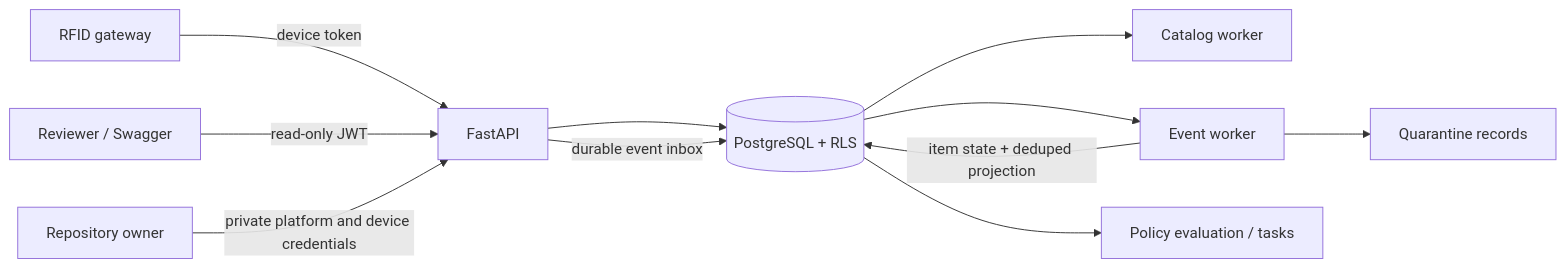
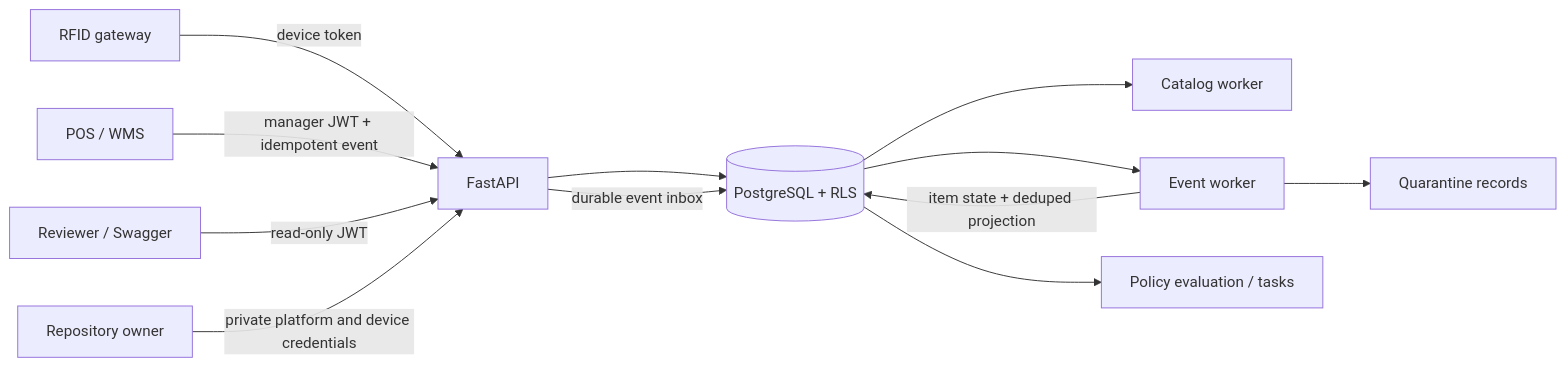
One commit to sushant5/rfid-inventory-replenishment-platform changed the diagram in README.md. Above: the diagram before and after it, drawn with Mermaid. The commit also changed other lines of this file and 50 other files, not shown here.

````diff
--- a/README.md
+++ b/README.md
@@ -112,13 +115,14 @@
 ```mermaid
 flowchart LR
     Gateway[RFID gateway] -->|device token| API[FastAPI]
+    POS[POS / WMS] -->|manager JWT + idempotent event| API
     Reviewer[Reviewer / Swagger] -->|read-only JWT| API
     Operator[Repository owner] -->|private platform and device credentials| API
     API --> PG[(PostgreSQL + RLS)]
     API -->|durable event inbox| PG
     PG --> CW[Catalog worker]
     PG --> EW[Event worker]
     EW -->|item state + deduped projection| PG
     EW --> Q[Quarantine records]
     PG --> POLICY[Policy evaluation / tasks]
 ```
````
